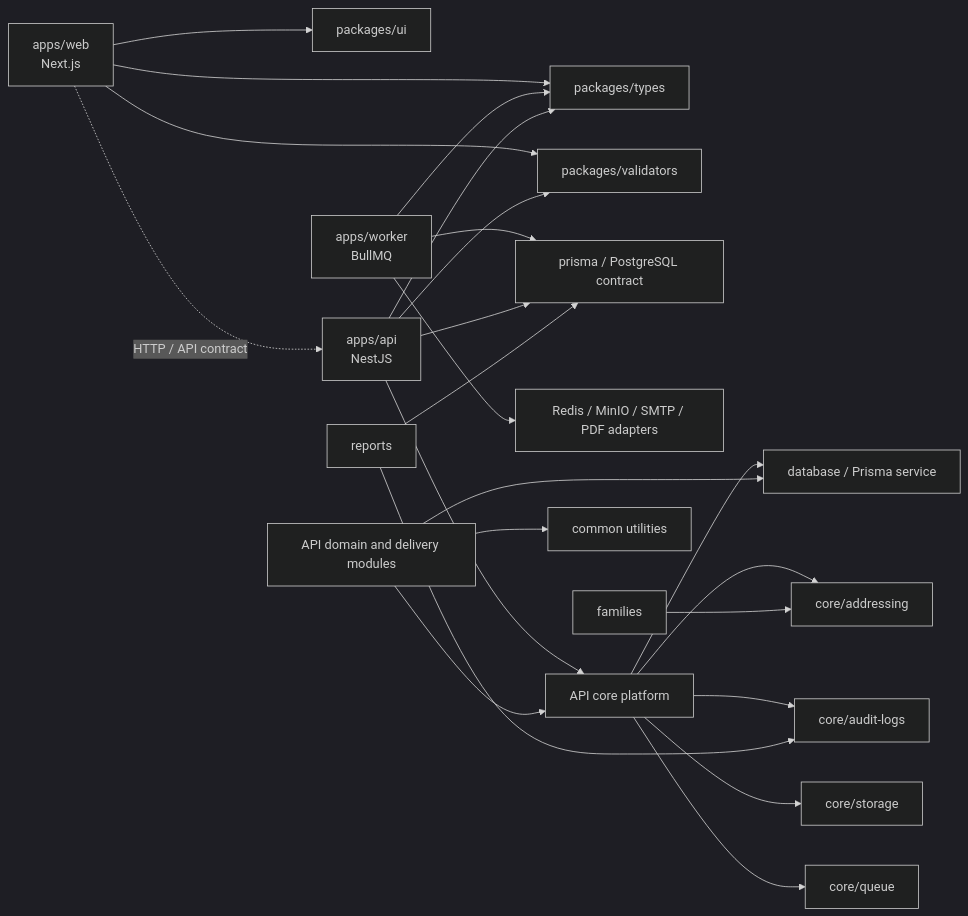
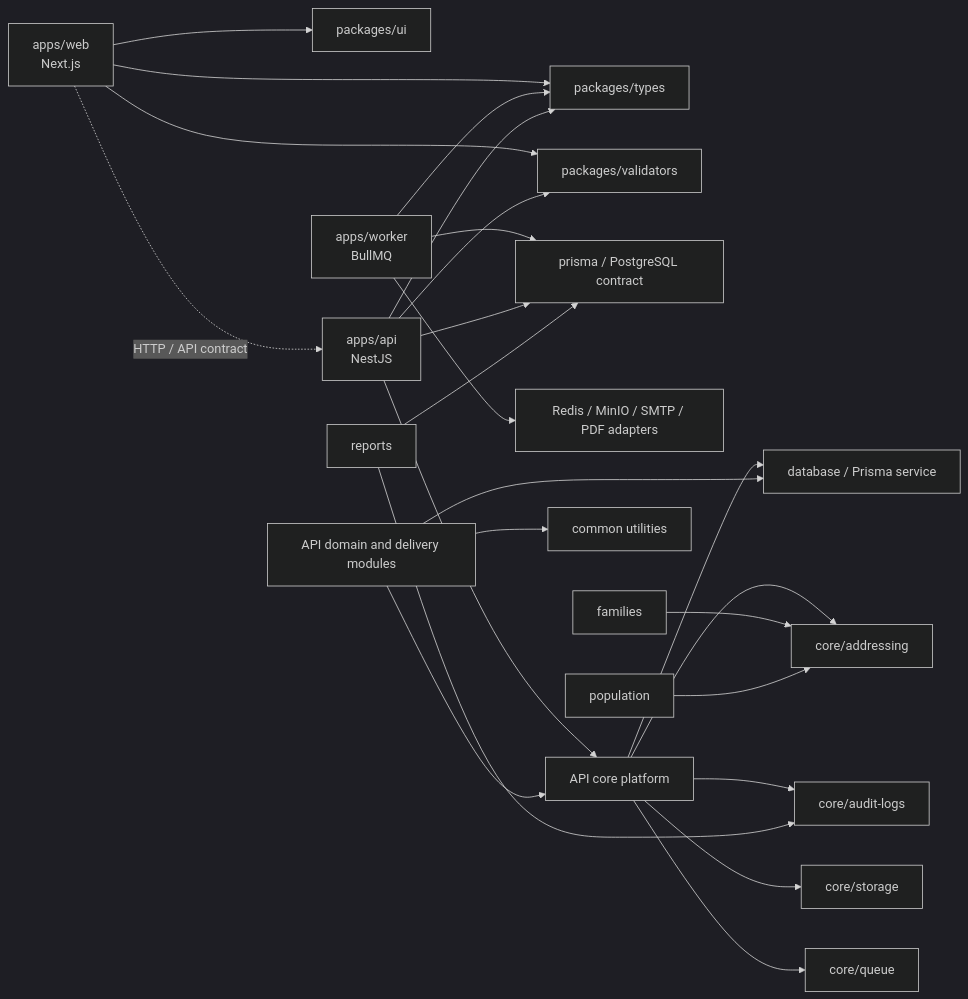
Before and after one commit to arpayid/sidpro: the first of 3 diagrams in docs/audits/AUDIT-1-DEPENDENCY-GRAPH.md, drawn with Mermaid (dark theme). The commit also changed other lines of this file, not shown here.

Commit message:
docs: reconcile population addressing dependency graph

````diff
--- a/docs/audits/AUDIT-1-DEPENDENCY-GRAPH.md
+++ b/docs/audits/AUDIT-1-DEPENDENCY-GRAPH.md
@@ -5,30 +5,31 @@
 ```mermaid
 flowchart LR
   Web[apps/web\nNext.js] --> UI[packages/ui]
   Web --> Types[packages/types]
   Web --> Validators[packages/validators]
   Web -. HTTP / API contract .-> API[apps/api\nNestJS]
 
   Worker[apps/worker\nBullMQ] --> Types
   Worker --> Prisma[prisma / PostgreSQL contract]
   Worker --> Infra[Redis / MinIO / SMTP / PDF adapters]
 
   API --> Types
   API --> Validators
   API --> Prisma
   API --> Core[API core platform]
 
   Core --> Database[database / Prisma service]
   Core --> Addressing[core/addressing]
   Core --> Audit[core/audit-logs]
   Core --> Storage[core/storage]
   Core --> Queue[core/queue]
 
   Domains[API domain and delivery modules] --> Core
   Domains --> Database
   Domains --> Common[common utilities]
 
   Families[families] --> Addressing
+  Population[population] --> Addressing
   Reports[reports] --> Prisma
   Reports --> Audit
 ```
````
